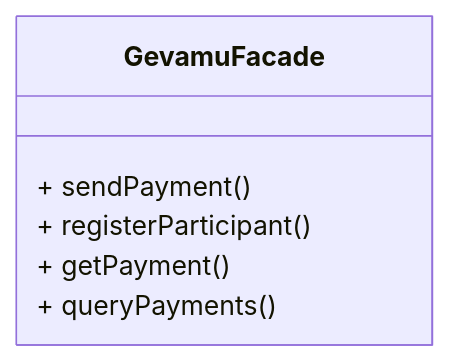
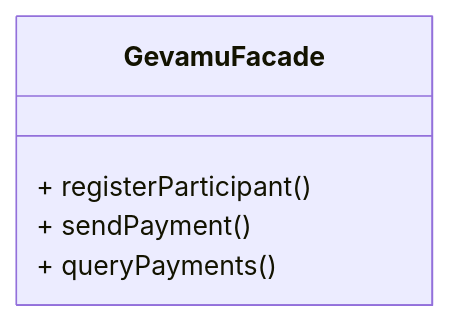
Before and after one commit to gevamu/gevamu.github.io: the second of 2 diagrams in content/4.examples/0.index.md, drawn with Mermaid. The commit also changed other lines of this file, not shown here.

````diff
--- a/content/4.examples/0.index.md
+++ b/content/4.examples/0.index.md
@@ -47,9 +47,8 @@
 ```mermaid
 classDiagram
   class GevamuFacade {
+    + registerParticipant()
     + sendPayment()
-    + registerParticipant()
-    + getPayment()
     + queryPayments()
   }
 ```
````
